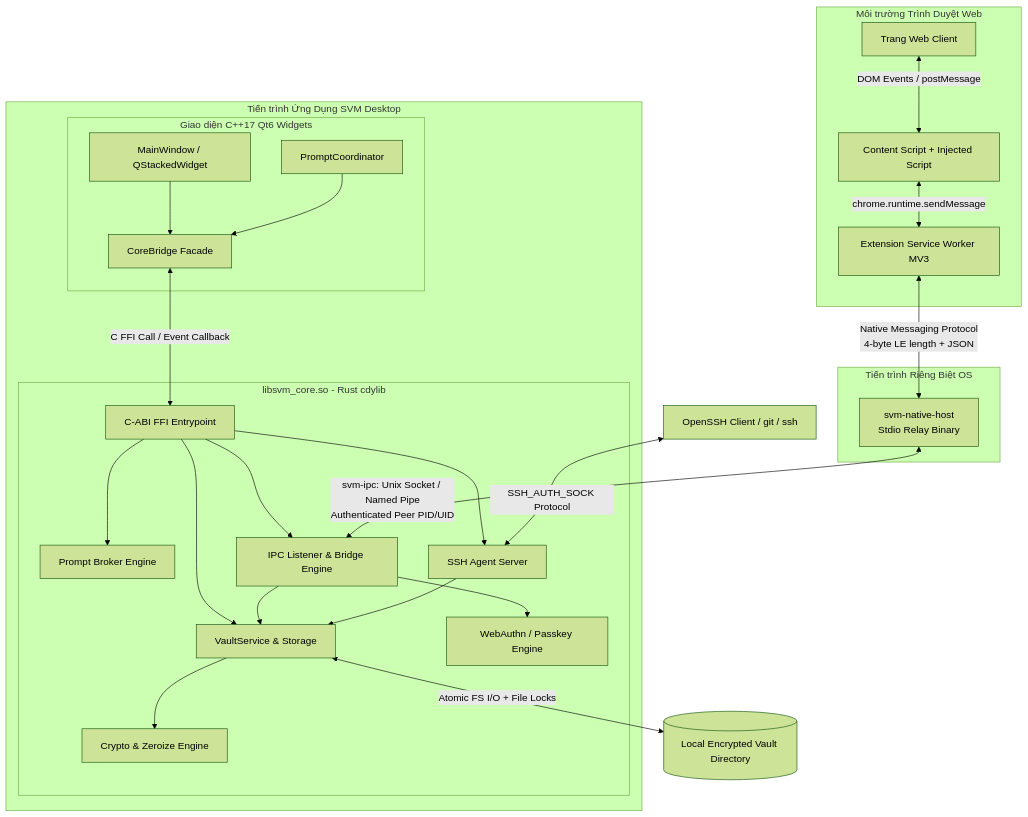
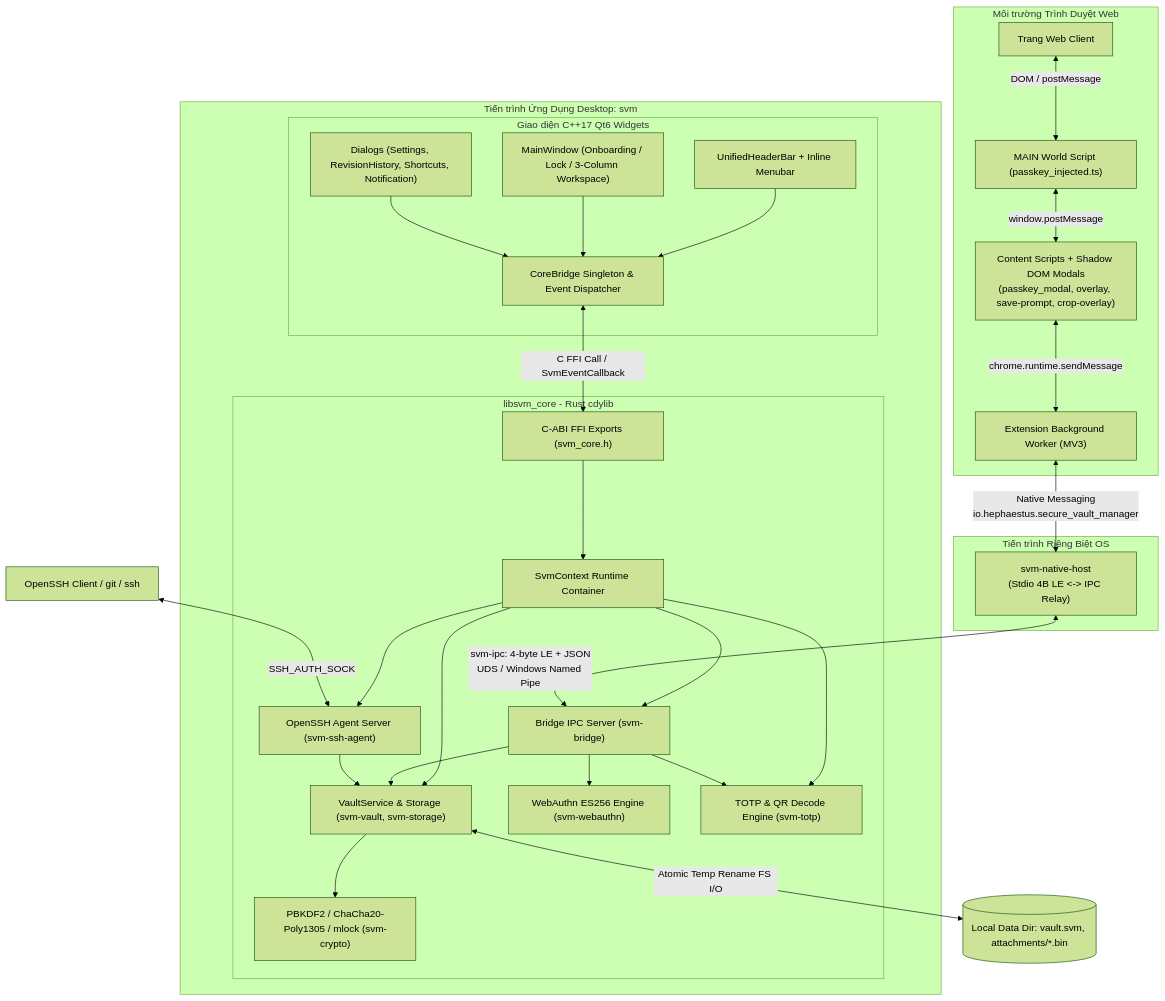
One commit to hephaestus-developers/secure-vault-manager changed the diagram in docs/02. SRS - System Requirements Specification.md. Above: the diagram before and after it, drawn with Mermaid (forest theme). The commit also changed other lines of this file and 11 other files, not shown here.

````diff
--- a/docs/02. SRS - System Requirements Specification.md
+++ b/docs/02. SRS - System Requirements Specification.md
@@ -41,48 +38,51 @@
 ```mermaid
 graph TD
     subgraph Browser_Environment [Môi trường Trình Duyệt Web]
         WebPage[Trang Web Client]
-        ContentScript[Content Script + Injected Script]
-        ExtWorker[Extension Service Worker MV3]
-        WebPage <-->|DOM Events / postMessage| ContentScript
+        ContentScript["Content Scripts + Shadow DOM Modals<br/>(passkey_modal, overlay, save-prompt, crop-overlay)"]
+        InjectedScript["MAIN World Script (passkey_injected.ts)"]
+        ExtWorker["Extension Background Worker (MV3)"]
+        WebPage <-->|DOM / postMessage| InjectedScript
+        InjectedScript <-->|window.postMessage| ContentScript
         ContentScript <-->|chrome.runtime.sendMessage| ExtWorker
     end
 
     subgraph OS_Process_NativeHost [Tiến trình Riêng Biệt OS]
-        NativeHost[svm-native-host<br/>Stdio Relay Binary]
+        NativeHost["svm-native-host<br/>(Stdio 4B LE <-> IPC Relay)"]
     end
 
-    ExtWorker <-->|Native Messaging Protocol<br/>4-byte LE length + JSON| NativeHost
+    ExtWorker <-->|Native Messaging<br/>io.hephaestus.secure_vault_manager| NativeHost
 
-    subgraph Desktop_App_Process [Tiến trình Ứng Dụng SVM Desktop]
+    subgraph Desktop_App_Process [Tiến trình Ứng Dụng Desktop: svm]
         subgraph Qt_UI_Layer [Giao diện C++17 Qt6 Widgets]
-            MainWindow[MainWindow / QStackedWidget]
-            PromptCoord[PromptCoordinator]
-            BridgeWrapper[CoreBridge Facade]
-            MainWindow --> BridgeWrapper
-            PromptCoord --> BridgeWrapper
+            HeaderBar["UnifiedHeaderBar + Inline Menubar"]
+            Workspace["MainWindow (Onboarding / Lock / 3-Column Workspace)"]
+            Dialogs["Dialogs (Settings, RevisionHistory, Shortcuts, Notification)"]
+            CoreBridge["CoreBridge Singleton & Event Dispatcher"]
+            HeaderBar & Workspace & Dialogs --> CoreBridge
         end
 
-        subgraph Core_cdylib [libsvm_core.so - Rust cdylib]
-            FFI[C-ABI FFI Entrypoint]
-            PromptBroker[Prompt Broker Engine]
-            VaultSvc[VaultService & Storage]
-            BridgeListener[IPC Listener & Bridge Engine]
-            SshDaemon[SSH Agent Server]
-            WebAuthnEngine[WebAuthn / Passkey Engine]
-            CryptoModule[Crypto & Zeroize Engine]
+        subgraph Core_cdylib [libsvm_core - Rust cdylib]
+            FFI["C-ABI FFI Exports (svm_core.h)"]
+            SvmContext["SvmContext Runtime Container"]
+            VaultSvc["VaultService & Storage (svm-vault, svm-storage)"]
+            BridgeServer["Bridge IPC Server (svm-bridge)"]
+            SshDaemon["OpenSSH Agent Server (svm-ssh-agent)"]
+            WebAuthnEngine["WebAuthn ES256 Engine (svm-webauthn)"]
+            TotpEngine["TOTP & QR Decode Engine (svm-totp)"]
+            CryptoModule["PBKDF2 / ChaCha20-Poly1305 / mlock (svm-crypto)"]
 
-            FFI --> VaultSvc & BridgeListener & SshDaemon & PromptBroker
-            BridgeListener --> WebAuthnEngine
-            BridgeListener --> VaultSvc
+            FFI --> SvmContext
+            SvmContext --> VaultSvc & BridgeServer & SshDaemon & TotpEngine
+            BridgeServer --> WebAuthnEngine & VaultSvc & TotpEngine
             SshDaemon --> VaultSvc
             VaultSvc --> CryptoModule
         end
 
-        BridgeWrapper <-->|C FFI Call / Event Callback| FFI
+        CoreBridge <-->|C FFI Call / SvmEventCallback| FFI
     end
 
-    NativeHost <-->|svm-ipc: Unix Socket / Named Pipe<br/>Authenticated Peer PID/UID| BridgeListener
-    Terminal[OpenSSH Client / git / ssh] <-->|SSH_AUTH_SOCK Protocol| SshDaemon
-    VaultSvc <-->|Atomic FS I/O + File Locks| DiskStorage[(Local Encrypted Vault Directory)]
+    NativeHost <-->|svm-ipc: 4-byte LE + JSON<br/>UDS / Windows Named Pipe| BridgeServer
+    Terminal["OpenSSH Client / git / ssh"] <-->|SSH_AUTH_SOCK| SshDaemon
+    VaultSvc <-->|Atomic Temp Rename FS I/O| DiskStorage[("Local Data Dir: vault.svm, attachments/*.bin")]
 ```
````
